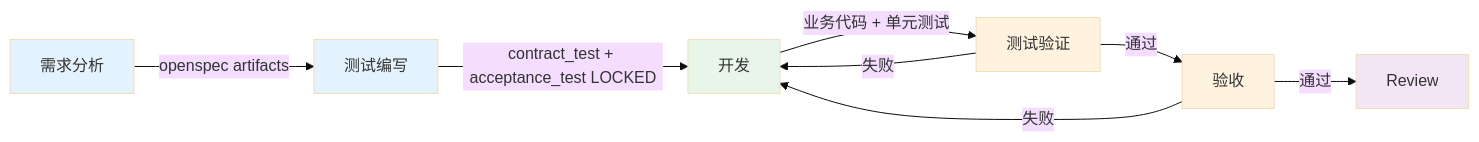
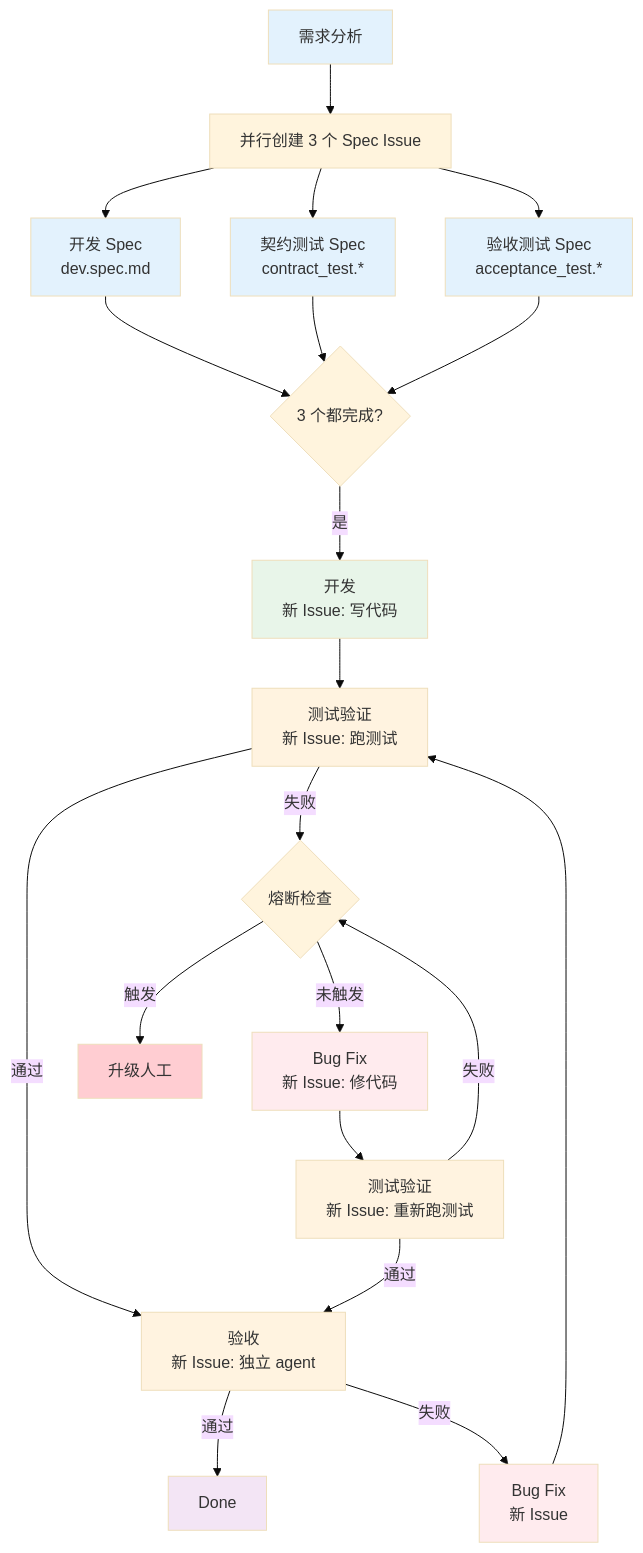
Before and after one commit to phona/sisyphus: the first of 2 diagrams in docs/architecture.md, drawn with Mermaid (base theme). The commit also changed other lines of this file, not shown here.

First line of the commit message:
docs: 对抗验证架构 - Dev⇄测试 battle + 3路并行Spec

````diff
--- a/docs/architecture.md
+++ b/docs/architecture.md
@@ -19,17 +20,42 @@
 ```mermaid
-flowchart LR
-    A[需求分析] -->|openspec artifacts| B[测试编写]
-    B -->|contract_test + acceptance_test LOCKED| C[开发]
-    C -->|业务代码 + 单元测试| D[测试验证]
-    D -->|通过| E[验收]
-    D -->|失败| C
-    E -->|通过| F[Review]
-    E -->|失败| C
+flowchart TD
+    REQ[需求分析] --> FORK["并行创建 3 个 Spec Issue"]
 
-    style A fill:#e3f2fd
-    style B fill:#e3f2fd
-    style C fill:#e8f5e9
-    style D fill:#fff3e0
-    style E fill:#fff3e0
-    style F fill:#f3e5f5
+    FORK --> S1[开发 Spec<br/>dev.spec.md]
+    FORK --> S2[契约测试 Spec<br/>contract_test.*]
+    FORK --> S3[验收测试 Spec<br/>acceptance_test.*]
+
+    S1 --> JOIN{3 个都完成?}
+    S2 --> JOIN
+    S3 --> JOIN
+
+    JOIN -->|是| DEV[开发<br/>新 Issue: 写代码]
+    DEV --> VERIFY[测试验证<br/>新 Issue: 跑测试]
+
+    VERIFY -->|通过| ACCEPT[验收<br/>新 Issue: 独立 agent]
+    VERIFY -->|失败| FUSE{熔断检查}
+
+    FUSE -->|未触发| BUGFIX[Bug Fix<br/>新 Issue: 修代码]
+    BUGFIX --> VERIFY2[测试验证<br/>新 Issue: 重新跑测试]
+    VERIFY2 -->|通过| ACCEPT
+    VERIFY2 -->|失败| FUSE
+
+    FUSE -->|触发| ESC[升级人工]
+
+    ACCEPT -->|通过| DONE[Done]
+    ACCEPT -->|失败| BUGFIX2[Bug Fix<br/>新 Issue]
+    BUGFIX2 --> VERIFY
+
+    style REQ fill:#e3f2fd
+    style S1 fill:#e3f2fd
+    style S2 fill:#e3f2fd
+    style S3 fill:#e3f2fd
+    style DEV fill:#e8f5e9
+    style VERIFY fill:#fff3e0
+    style VERIFY2 fill:#fff3e0
+    style ACCEPT fill:#fff3e0
+    style BUGFIX fill:#ffebee
+    style BUGFIX2 fill:#ffebee
+    style DONE fill:#f3e5f5
+    style ESC fill:#ffcdd2
 ```
````
